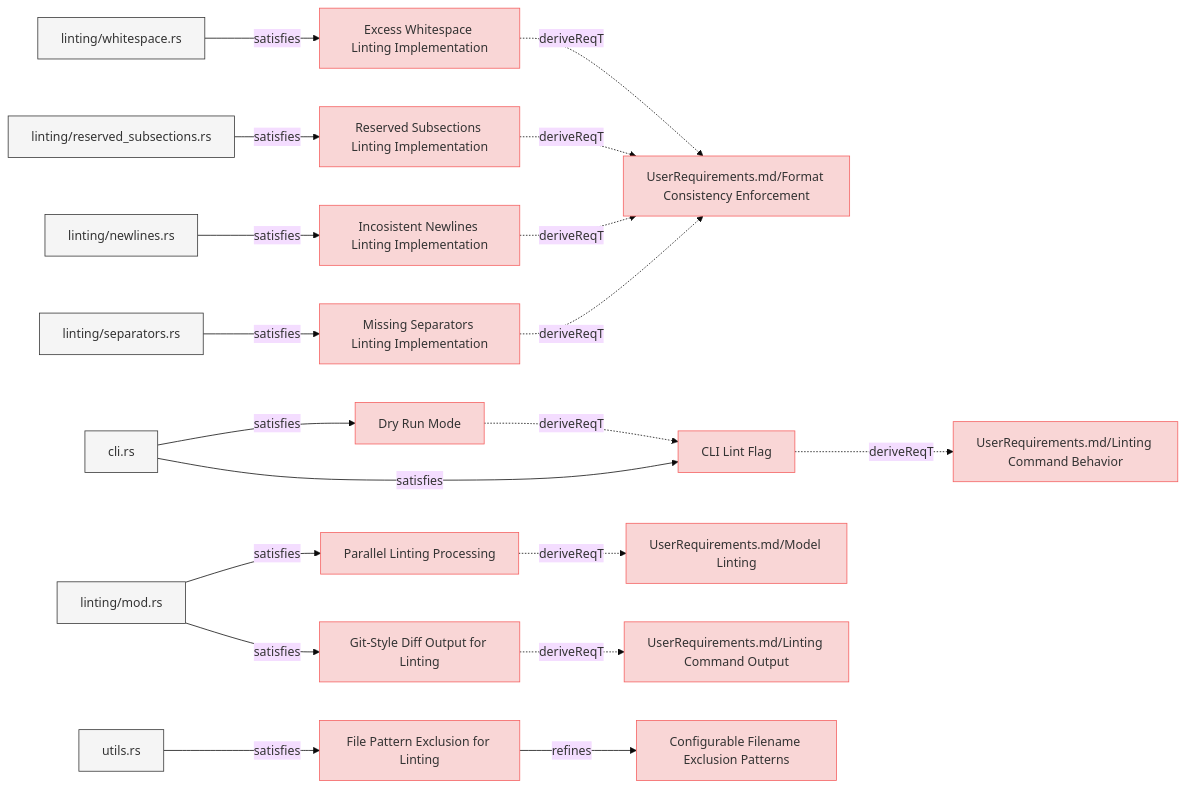
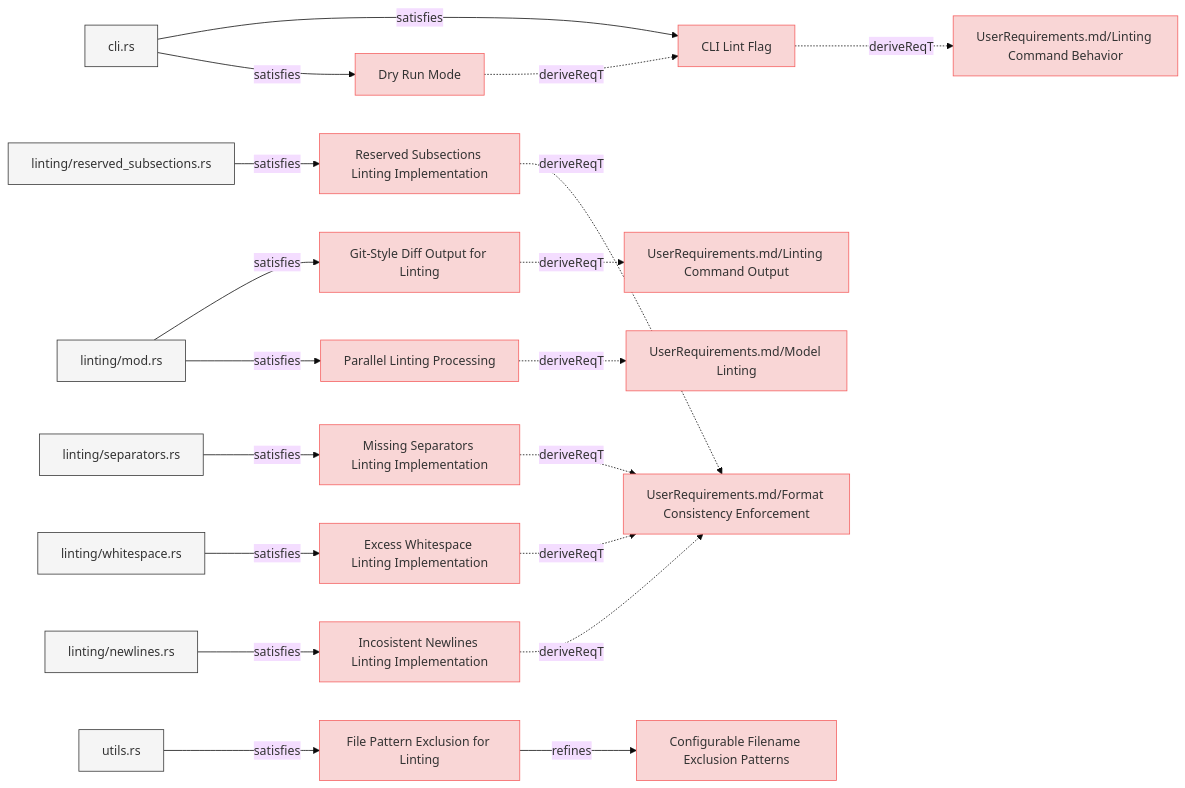
The first of 8 diagrams in specifications/SystemRequirements/Requirements.md (reqvire-org/reqvire), drawn with Mermaid (base theme) before and after one commit. The commit also changed other lines of this file and 14 other files, not shown here.

Commit message:
Diagram fixes

````diff
--- a/specifications/SystemRequirements/Requirements.md
+++ b/specifications/SystemRequirements/Requirements.md
@@ -9,47 +9,39 @@
   classDef externalLink fill:#d0e0ff,stroke:#3080ff,stroke-width:1px;
   classDef default fill:#f5f5f5,stroke:#333333,stroke-width:1px;
 
-  3f3d3f9ccb15029a["Excess Whitespace Linting Implementation"];
-  click 3f3d3f9ccb15029a "Requirements.md#excess-whitespace-linting-implementation";
-  class 3f3d3f9ccb15029a requirement;
-  81758bdb22a3329d["UserRequirements.md/Format Consistency Enforcement"];
-  class 81758bdb22a3329d requirement;
-  click 81758bdb22a3329d "../UserRequirements.md#format-consistency-enforcement";
-  3f3d3f9ccb15029a -.->|deriveReqT| 81758bdb22a3329d;
-  bb06efd0b85636ec["linting/whitespace.rs"];
-  class bb06efd0b85636ec default;
-  click bb06efd0b85636ec "../../core/src/linting/whitespace.rs";
-  bb06efd0b85636ec -->|satisfies| 3f3d3f9ccb15029a;
-  8f2198f681f63fea["Dry Run Mode"];
-  click 8f2198f681f63fea "Requirements.md#dry-run-mode";
-  class 8f2198f681f63fea requirement;
-  fffbb227966be4f2["CLI Lint Flag"];
-  class fffbb227966be4f2 requirement;
-  click fffbb227966be4f2 "Requirements.md#cli-lint-flag";
-  8f2198f681f63fea -.->|deriveReqT| fffbb227966be4f2;
-  11ffc4632afd7c4c["cli.rs"];
-  class 11ffc4632afd7c4c default;
-  click 11ffc4632afd7c4c "../../cli/src/cli.rs";
-  11ffc4632afd7c4c -->|satisfies| 8f2198f681f63fea;
-  66aa36deca421516["Parallel Linting Processing"];
-  click 66aa36deca421516 "Requirements.md#parallel-linting-processing";
-  class 66aa36deca421516 requirement;
-  103ddb8dc3242215["UserRequirements.md/Model Linting"];
-  class 103ddb8dc3242215 requirement;
-  click 103ddb8dc3242215 "../UserRequirements.md#model-linting";
-  66aa36deca421516 -.->|deriveReqT| 103ddb8dc3242215;
+  63f1cd4974cbf62["Git-Style Diff Output for Linting"];
+  click 63f1cd4974cbf62 "Requirements.md#git-style-diff-output-for-linting";
+  class 63f1cd4974cbf62 requirement;
+  808b1863c88b26c4["UserRequirements.md/Linting Command Output"];
+  class 808b1863c88b26c4 requirement;
+  click 808b1863c88b26c4 "../UserRequirements.md#linting-command-output";
+  63f1cd4974cbf62 -.->|deriveReqT| 808b1863c88b26c4;
   8b47697e4e9fce62["linting/mod.rs"];
   class 8b47697e4e9fce62 default;
   click 8b47697e4e9fce62 "../../core/src/linting/mod.rs";
-  8b47697e4e9fce62 -->|satisfies| 66aa36deca421516;
+  8b47697e4e9fce62 -->|satisfies| 63f1cd4974cbf62;
+  fffbb227966be4f2["CLI Lint Flag"];
+  click fffbb227966be4f2 "Requirements.md#cli-lint-flag";
+  class fffbb227966be4f2 requirement;
   887a7d36caacab2b["UserRequirements.md/Linting Command Behavior"];
   class 887a7d36caacab2b requirement;
   click 887a7d36caacab2b "../UserRequirements.md#linting-command";
   fffbb227966be4f2 -.->|deriveReqT| 887a7d36caacab2b;
+  11ffc4632afd7c4c["cli.rs"];
+  class 11ffc4632afd7c4c default;
+  click 11ffc4632afd7c4c "../../cli/src/cli.rs";
   11ffc4632afd7c4c -->|satisfies| fffbb227966be4f2;
+  8f2198f681f63fea["Dry Run Mode"];
+  click 8f2198f681f63fea "Requirements.md#dry-run-mode";
+  class 8f2198f681f63fea requirement;
+  8f2198f681f63fea -.->|deriveReqT| fffbb227966be4f2;
+  11ffc4632afd7c4c -->|satisfies| 8f2198f681f63fea;
   193cd6463891423e["Reserved Subsections Linting Implementation"];
   click 193cd6463891423e "Requirements.md#reserved-subsections-linting-implementation";
   class 193cd6463891423e requirement;
+  81758bdb22a3329d["UserRequirements.md/Format Consistency Enforcement"];
+  class 81758bdb22a3329d requirement;
+  click 81758bdb22a3329d "../UserRequirements.md#format-consistency-enforcement";
   193cd6463891423e -.->|deriveReqT| 81758bdb22a3329d;
   3aaafb0eaf60961c["linting/reserved_subsections.rs"];
   class 3aaafb0eaf60961c default;
@@ -66,6 +58,22 @@
   class 3189923c3f5e2124 default;
   click 3189923c3f5e2124 "../../core/src/utils.rs";
   3189923c3f5e2124 -->|satisfies| 45770e9b319d3819;
+  dd0846393d037337["Missing Separators Linting Implementation"];
+  click dd0846393d037337 "Requirements.md#missing-separators-linting-implementation";
+  class dd0846393d037337 requirement;
+  dd0846393d037337 -.->|deriveReqT| 81758bdb22a3329d;
+  9abe404e42ed3086["linting/separators.rs"];
+  class 9abe404e42ed3086 default;
+  click 9abe404e42ed3086 "../../core/src/linting/separators.rs";
+  9abe404e42ed3086 -->|satisfies| dd0846393d037337;
+  3f3d3f9ccb15029a["Excess Whitespace Linting Implementation"];
+  click 3f3d3f9ccb15029a "Requirements.md#excess-whitespace-linting-implementation";
+  class 3f3d3f9ccb15029a requirement;
+  3f3d3f9ccb15029a -.->|deriveReqT| 81758bdb22a3329d;
+  bb06efd0b85636ec["linting/whitespace.rs"];
+  class bb06efd0b85636ec default;
+  click bb06efd0b85636ec "../../core/src/linting/whitespace.rs";
+  bb06efd0b85636ec -->|satisfies| 3f3d3f9ccb15029a;
   f98ae394dbbde42c["Incosistent Newlines Linting Implementation"];
   click f98ae394dbbde42c "Requirements.md#incosistent-newlines-linting-implementation";
   class f98ae394dbbde42c requirement;
@@ -74,20 +82,12 @@
   class b52472a7ccc9c395 default;
   click b52472a7ccc9c395 "../../core/src/linting/newlines.rs";
   b52472a7ccc9c395 -->|satisfies| f98ae394dbbde42c;
-  63f1cd4974cbf62["Git-Style Diff Output for Linting"];
-  click 63f1cd4974cbf62 "Requirements.md#git-style-diff-output-for-linting";
-  class 63f1cd4974cbf62 requirement;
-  808b1863c88b26c4["UserRequirements.md/Linting Command Output"];
-  class 808b1863c88b26c4 requirement;
-  click 808b1863c88b26c4 "../UserRequirements.md#linting-command-output";
-  63f1cd4974cbf62 -.->|deriveReqT| 808b1863c88b26c4;
-  8b47697e4e9fce62 -->|satisfies| 63f1cd4974cbf62;
-  dd0846393d037337["Missing Separators Linting Implementation"];
-  click dd0846393d037337 "Requirements.md#missing-separators-linting-implementation";
-  class dd0846393d037337 requirement;
-  dd0846393d037337 -.->|deriveReqT| 81758bdb22a3329d;
-  9abe404e42ed3086["linting/separators.rs"];
-  class 9abe404e42ed3086 default;
-  click 9abe404e42ed3086 "../../core/src/linting/separators.rs";
-  9abe404e42ed3086 -->|satisfies| dd0846393d037337;
+  66aa36deca421516["Parallel Linting Processing"];
+  click 66aa36deca421516 "Requirements.md#parallel-linting-processing";
+  class 66aa36deca421516 requirement;
+  103ddb8dc3242215["UserRequirements.md/Model Linting"];
+  class 103ddb8dc3242215 requirement;
+  click 103ddb8dc3242215 "../UserRequirements.md#model-linting";
+  66aa36deca421516 -.->|deriveReqT| 103ddb8dc3242215;
+  8b47697e4e9fce62 -->|satisfies| 66aa36deca421516;
 ```
````
